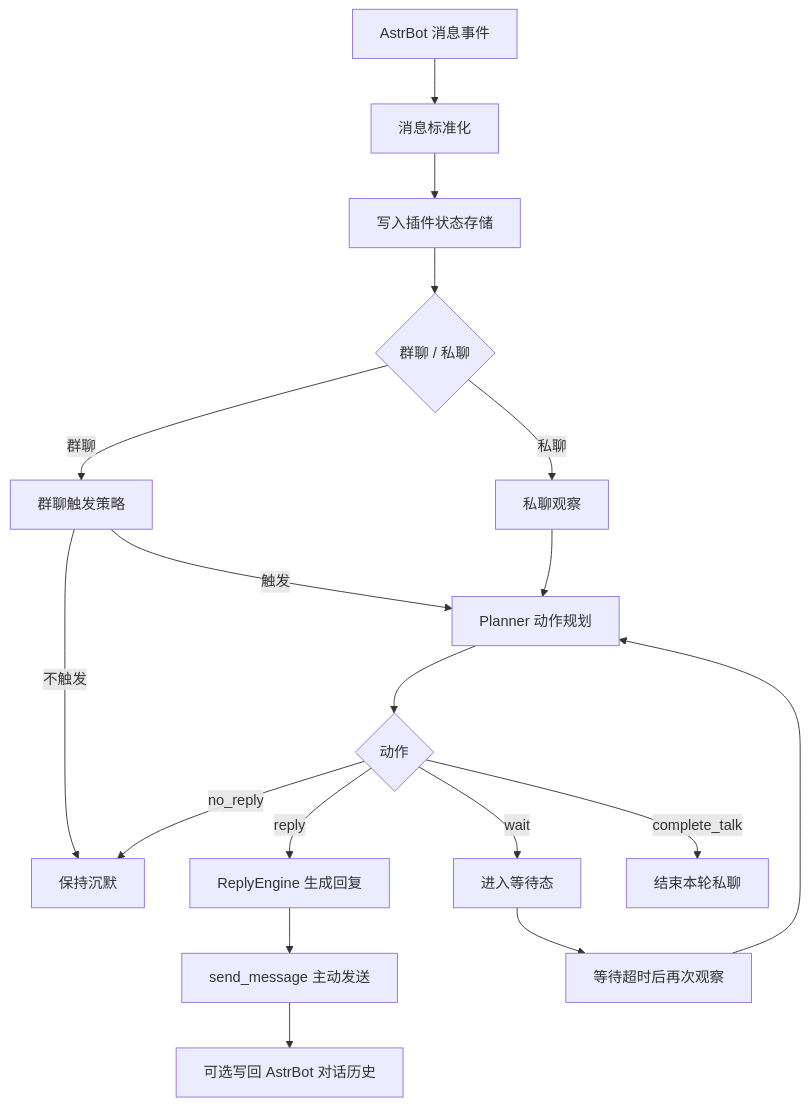
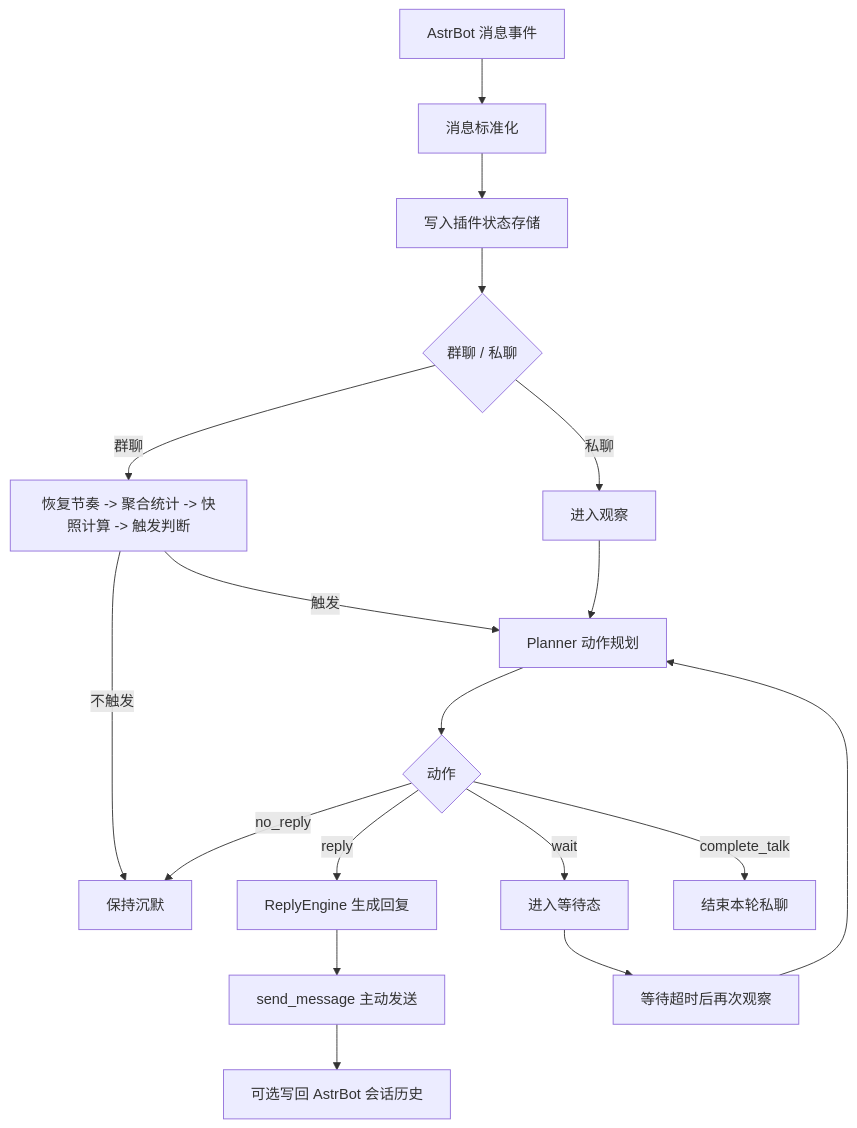
One commit to AgIzT/AstrBot_plugin_proactive changed the diagram in REPLY_MECHANISM.md. Above: the diagram before and after it, drawn with Mermaid. The commit also changed other lines of this file and 9 other files, not shown here.

````diff
--- a/REPLY_MECHANISM.md
+++ b/REPLY_MECHANISM.md
@@ -21,20 +21,20 @@
 ```mermaid
 flowchart TD
     A["AstrBot 消息事件"] --> B["消息标准化"]
     B --> C["写入插件状态存储"]
     C --> D{"群聊 / 私聊"}
-    D -->|群聊| E["群聊触发策略"]
-    D -->|私聊| F["私聊观察"]
+    D -->|群聊| E["恢复节奏 -> 聚合统计 -> 快照计算 -> 触发判断"]
+    D -->|私聊| F["进入观察"]
     E -->|不触发| G["保持沉默"]
     E -->|触发| H["Planner 动作规划"]
     F --> H
     H --> I{"动作"}
     I -->|reply| J["ReplyEngine 生成回复"]
     I -->|no_reply| G
     I -->|wait| K["进入等待态"]
     I -->|complete_talk| L["结束本轮私聊"]
     J --> M["send_message 主动发送"]
-    M --> N["可选写回 AstrBot 对话历史"]
+    M --> N["可选写回 AstrBot 会话历史"]
     K --> O["等待超时后再次观察"]
     O --> H
 ```
````
